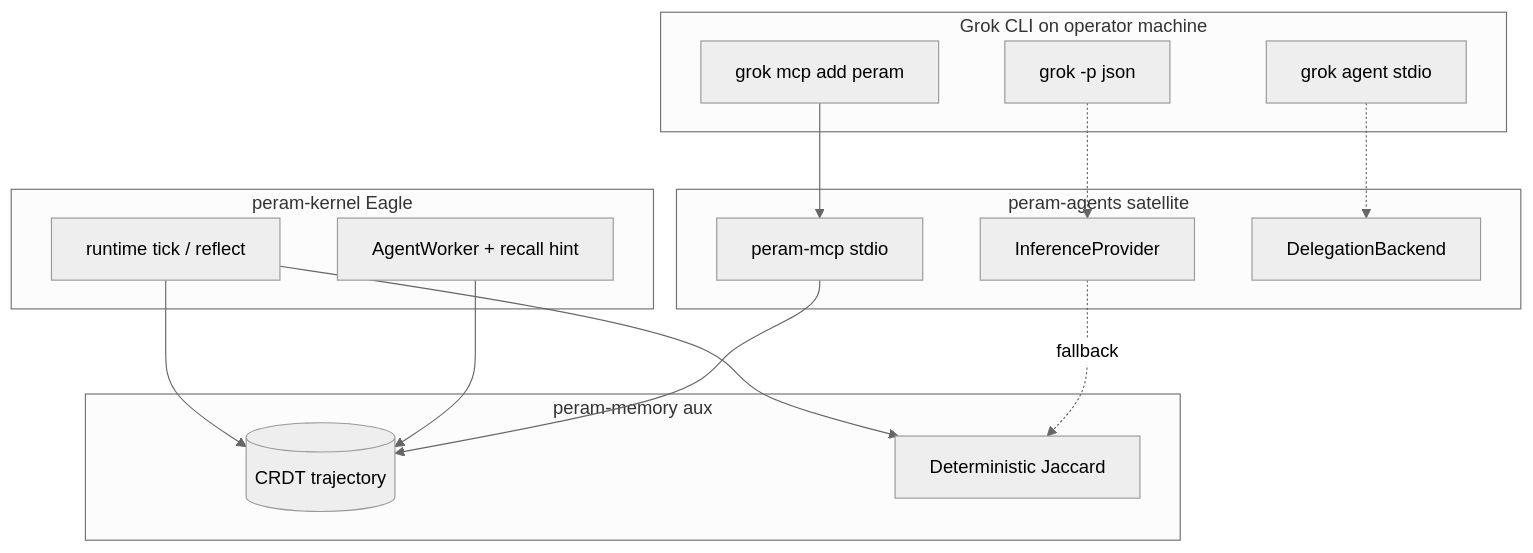
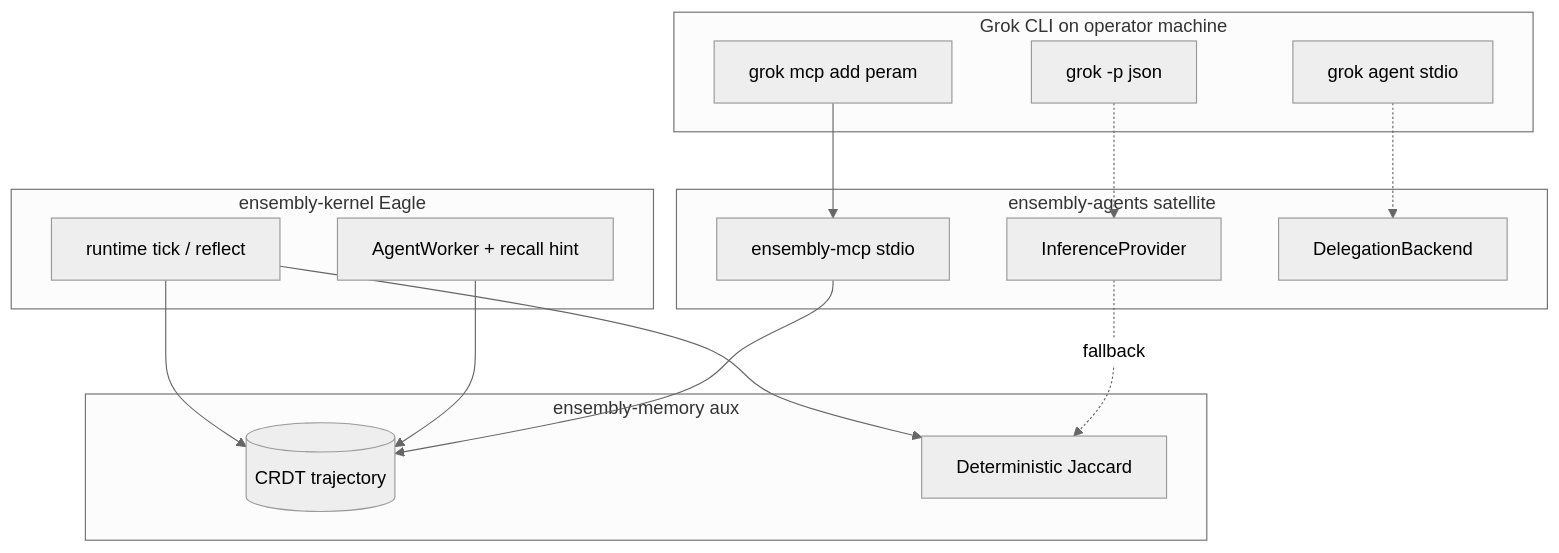
Diagram 13 of 16 in prototype/docs/arch-design/coming-next.md (thecuriousts/ensembly), drawn with Mermaid (neutral theme) before and after one commit. The commit also changed other lines of this file and 81 other files, not shown here.

First line of the commit message:
rename: peram-* → ensembly-* crates + fresh path defaults (#13)

````diff
--- a/prototype/docs/arch-design/coming-next.md
+++ b/prototype/docs/arch-design/coming-next.md
@@ -432,29 +432,29 @@
 ```mermaid
 flowchart TB
-  subgraph eagle["peram-kernel Eagle"]
+  subgraph eagle["ensembly-kernel Eagle"]
     rt[runtime tick / reflect]
     worker[AgentWorker + recall hint]
   end
-  subgraph mem["peram-memory aux"]
+  subgraph mem["ensembly-memory aux"]
     doc[(CRDT trajectory)]
     det[Deterministic Jaccard]
   end
-  subgraph sat["peram-agents satellite"]
-    mcp[peram-mcp stdio]
+  subgraph sat["ensembly-agents satellite"]
+    mcp[ensembly-mcp stdio]
     inf[InferenceProvider]
     del[DelegationBackend]
   end
   subgraph grokHost["Grok CLI on operator machine"]
     grokMcp["grok mcp add peram"]
     grokAcp["grok agent stdio"]
     grokP["grok -p json"]
   end
   rt --> doc
   rt --> det
   worker --> doc
   mcp --> doc
   grokMcp --> mcp
   grokP -.-> inf
   grokAcp -.-> del
   inf -.->|fallback| det
 ```
````
